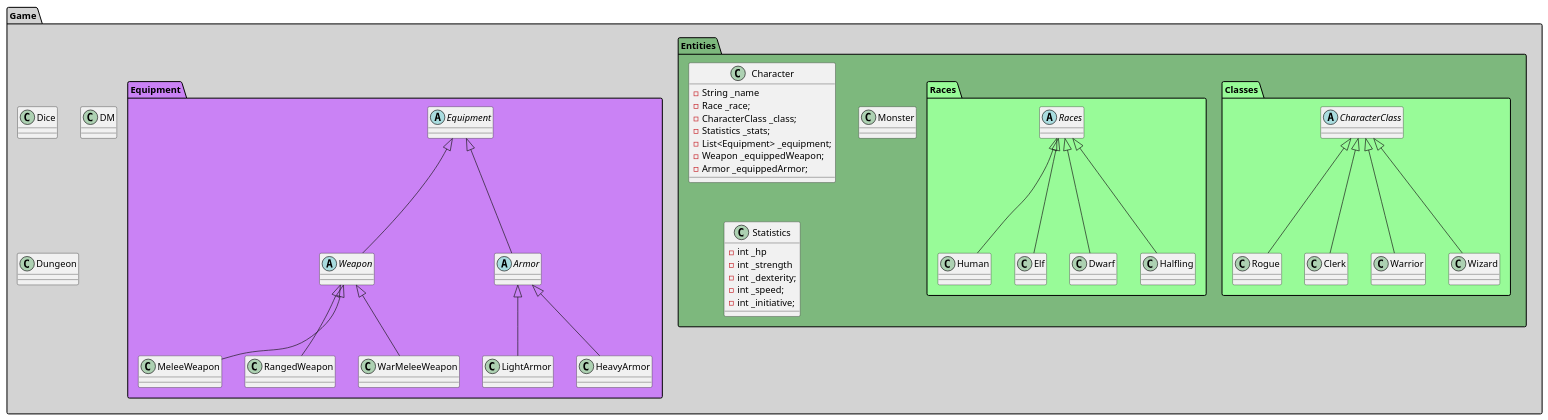
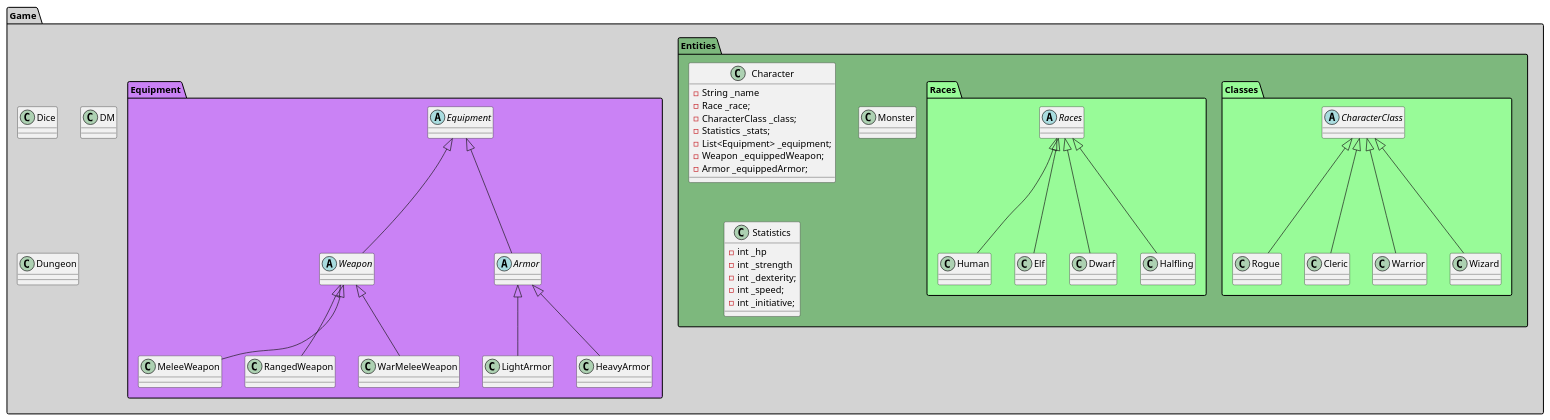
Before and after one commit to Onefrenchboi/DOOjons-Et-Dragons: the diagram in uml/Week1.puml, drawn with PlantUML. The commit also changed 2 other files, not shown here.

Commit message:
Rename Clerk to Cleric (and refactoring)

```diff
--- a/uml/Week1.puml
+++ b/uml/Week1.puml
@@ -1,56 +1,57 @@
 @startuml
+
 
 package "Game" #lightgrey {
   class Dice
   class DM
   class Dungeon
   package Entities #7db87d{
     package Classes #palegreen{
         abstract class CharacterClass
         class Rogue extends CharacterClass
-        class Clerk extends CharacterClass
+        class Cleric extends CharacterClass
         class Warrior extends CharacterClass
         class Wizard extends CharacterClass
     }
     package Races #palegreen{
         abstract class Races
         class Human extends Races
         class Elf extends Races
         class Dwarf extends Races
         class Halfling extends Races
     }
     class Character {
         - String _name
         - Race _race;
         - CharacterClass _class;
         - Statistics _stats;
         - List<Equipment> _equipment;
         - Weapon _equippedWeapon;
         - Armor _equippedArmor;
     }
     class Monster
     class Statistics {
         - int _hp
         - int _strength
         - int _dexterity;
         - int _speed;
         - int _initiative;
     }
   }
   package Equipment #ca82f5{
     abstract class Equipment
     abstract class Weapon extends Equipment
     abstract class Armor extends Equipment
     class MeleeWeapon extends Weapon
     class RangedWeapon extends Weapon
     class WarMeleeWeapon extends Weapon
     class LightArmor extends Armor
     class HeavyArmor extends Armor
 
 
 
 
   }
  }
 
 @enduml
```
